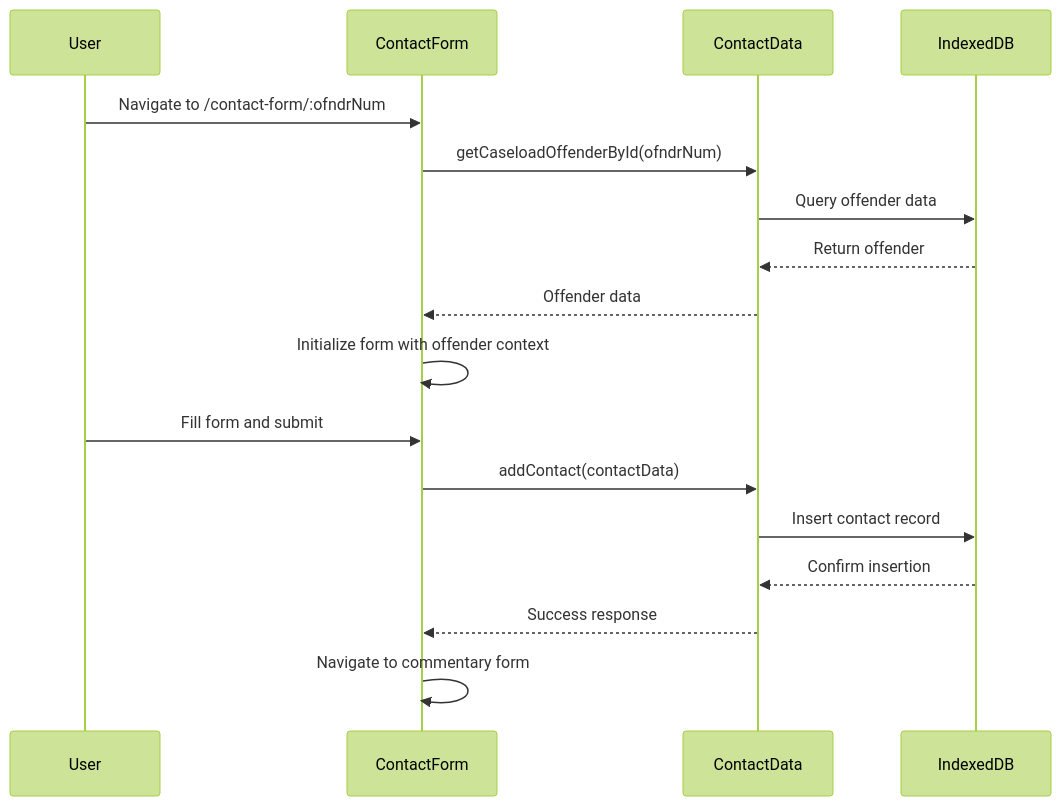
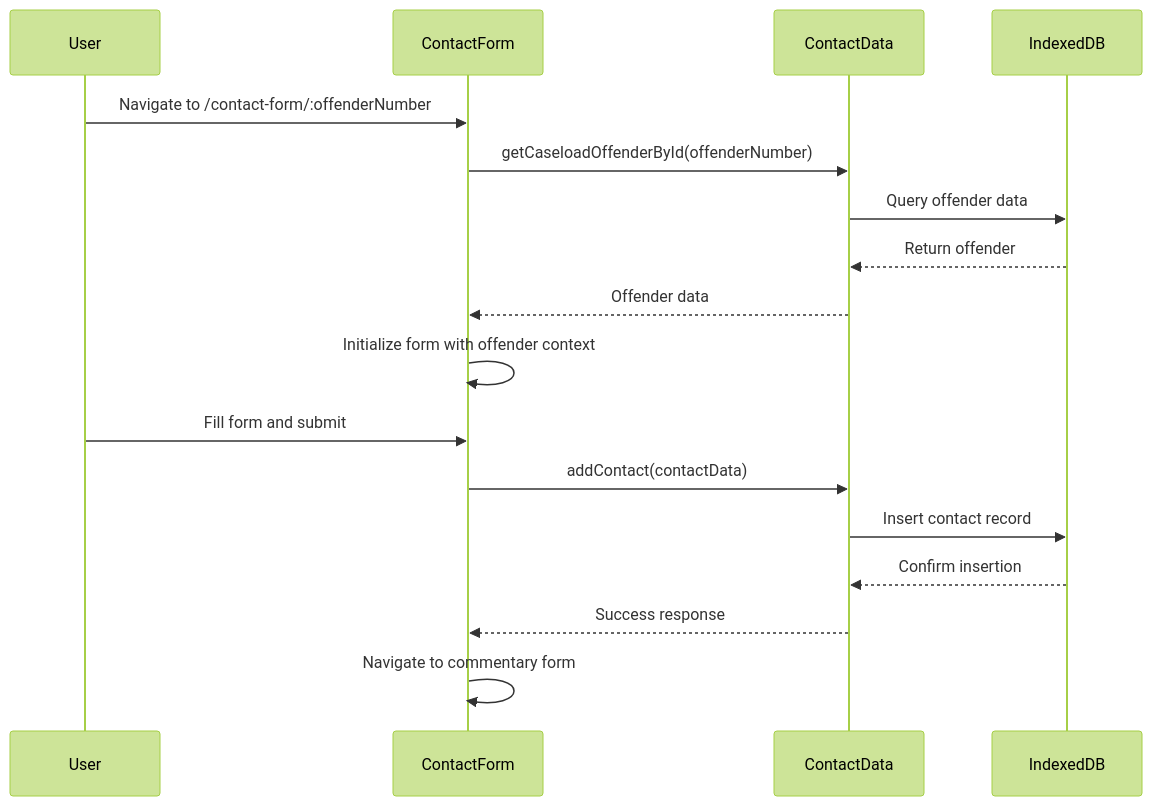
Before and after one commit to ut-udc/ut-udc-apnp-field_contact: the first of 3 diagrams in README.md, drawn with Mermaid (forest theme). The commit also changed other lines of this file and 27 other files, not shown here.

````diff
--- a/README.md
+++ b/README.md
@@ -232,21 +232,21 @@
 ```mermaid
 sequenceDiagram
     participant U as User
     participant CF as ContactForm
     participant CD as ContactData
     participant DB as IndexedDB
 
-    U->>CF: Navigate to /contact-form/:ofndrNum
-    CF->>CD: getCaseloadOffenderById(ofndrNum)
+    U->>CF: Navigate to /contact-form/:offenderNumber
+    CF->>CD: getCaseloadOffenderById(offenderNumber)
     CD->>DB: Query offender data
     DB-->>CD: Return offender
     CD-->>CF: Offender data
     CF->>CF: Initialize form with offender context
 
     U->>CF: Fill form and submit
     CF->>CD: addContact(contactData)
     CD->>DB: Insert contact record
     DB-->>CD: Confirm insertion
     CD-->>CF: Success response
     CF->>CF: Navigate to commentary form
 ```
````
